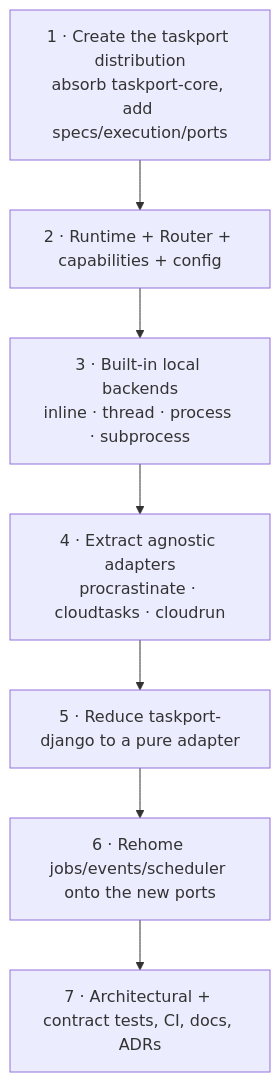
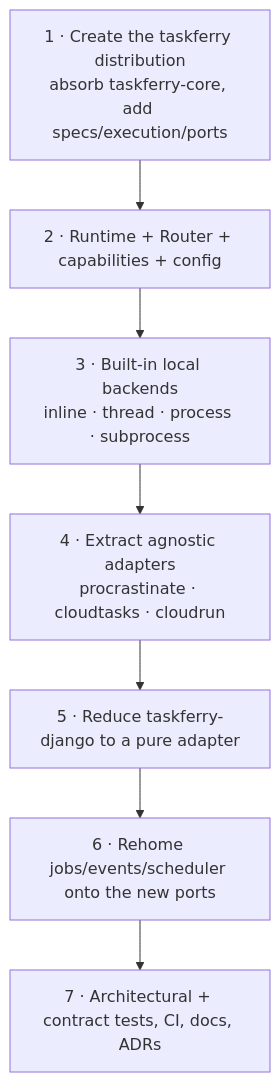
The seventh of 7 diagrams in docs/architecture/refactor-2026.md (xiidigital/taskferry), drawn with Mermaid before and after one commit. The commit also changed other lines of this file and 424 other files, not shown here.

First line of the commit message:
refactor: rebrand taskport to taskferry across all distributions

````diff
--- a/docs/architecture/refactor-2026.md
+++ b/docs/architecture/refactor-2026.md
@@ -300,12 +300,12 @@
 ```mermaid
 flowchart TD
-    S1["1 · Create the taskport distribution<br/>absorb taskport-core, add specs/execution/ports"]
+    S1["1 · Create the taskferry distribution<br/>absorb taskferry-core, add specs/execution/ports"]
     S2["2 · Runtime + Router + capabilities + config"]
     S3["3 · Built-in local backends<br/>inline · thread · process · subprocess"]
     S4["4 · Extract agnostic adapters<br/>procrastinate · cloudtasks · cloudrun"]
-    S5["5 · Reduce taskport-django to a pure adapter"]
+    S5["5 · Reduce taskferry-django to a pure adapter"]
     S6["6 · Rehome jobs/events/scheduler onto the new ports"]
     S7["7 · Architectural + contract tests, CI, docs, ADRs"]
 
     S1 --> S2 --> S3 --> S4 --> S5 --> S6 --> S7
 ```
````
